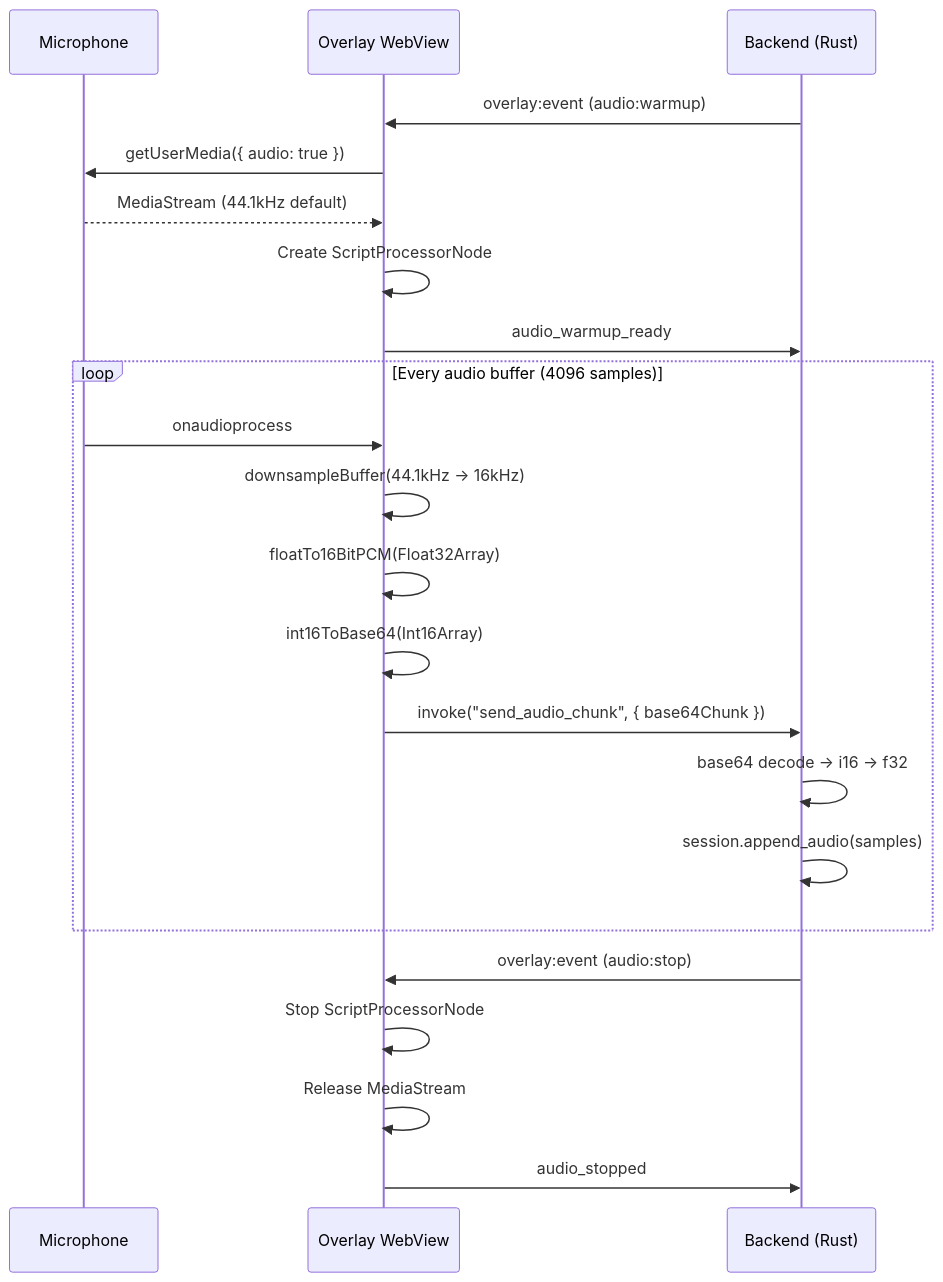
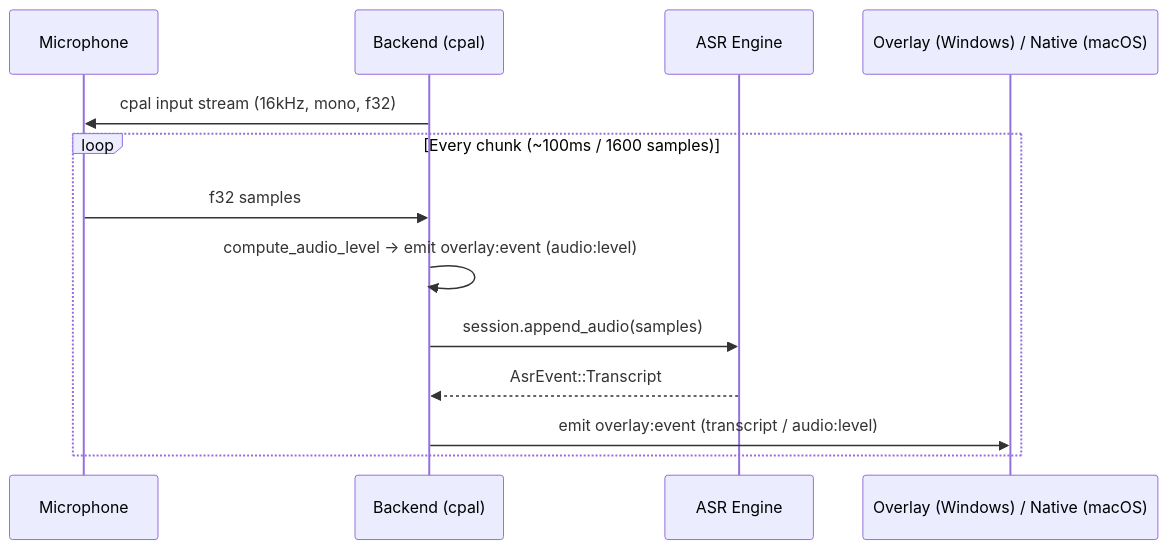
Before and after one commit to that-yolanda/voicepaste: the second of 2 diagrams in docs/frontend-ipc.md, drawn with Mermaid. The commit also changed other lines of this file and 2 other files, not shown here.

First line of the commit message:
docs(architecture): reflect WebView-less macOS overlay, React overlay, lazy settings

````diff
--- a/docs/frontend-ipc.md
+++ b/docs/frontend-ipc.md
@@ -155,27 +168,16 @@
 ```mermaid
 sequenceDiagram
     participant Mic as Microphone
-    participant FE as Overlay WebView
-    participant BE as Backend (Rust)
+    participant BE as Backend (cpal)
+    participant ASR as ASR Engine
+    participant FE as Overlay (Windows) / Native (macOS)
 
-    BE->>FE: overlay:event (audio:warmup)
-    FE->>Mic: getUserMedia({ audio: true })
-    Mic-->>FE: MediaStream (44.1kHz default)
-    FE->>FE: Create ScriptProcessorNode
-    FE->>BE: audio_warmup_ready
-
-    loop Every audio buffer (4096 samples)
-        Mic->>FE: onaudioprocess
-        FE->>FE: downsampleBuffer(44.1kHz → 16kHz)
-        FE->>FE: floatTo16BitPCM(Float32Array)
-        FE->>FE: int16ToBase64(Int16Array)
-        FE->>BE: invoke("send_audio_chunk", { base64Chunk })
-        BE->>BE: base64 decode → i16 → f32
-        BE->>BE: session.append_audio(samples)
+    BE->>Mic: cpal input stream (16kHz, mono, f32)
+    loop Every chunk (~100ms / 1600 samples)
+        Mic->>BE: f32 samples
+        BE->>BE: compute_audio_level → emit overlay:event (audio:level)
+        BE->>ASR: session.append_audio(samples)
+        ASR-->>BE: AsrEvent::Transcript
+        BE->>FE: emit overlay:event (transcript / audio:level)
     end
-
-    BE->>FE: overlay:event (audio:stop)
-    FE->>FE: Stop ScriptProcessorNode
-    FE->>FE: Release MediaStream
-    FE->>BE: audio_stopped
 ```
````
